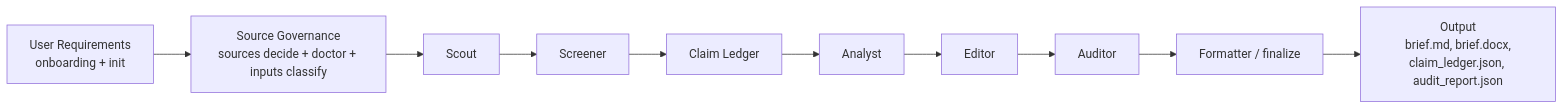
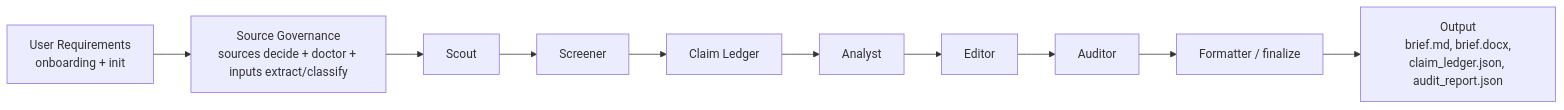
One commit to Stahl-G/briefloop changed the diagram in docs/architecture.md. Above: the diagram before and after it, drawn with Mermaid. The commit also changed other lines of this file and 37 other files, not shown here.

````diff
--- a/docs/architecture.md
+++ b/docs/architecture.md
@@ -7,12 +7,12 @@
 ```mermaid
 flowchart LR
-  A["User Requirements<br/>onboarding + init"] --> B["Source Governance<br/>sources decide + doctor + inputs classify"]
+  A["User Requirements<br/>onboarding + init"] --> B["Source Governance<br/>sources decide + doctor + inputs extract/classify"]
   B --> C["Scout"]
   C --> D["Screener"]
   D --> E["Claim Ledger"]
   E --> F["Analyst"]
   F --> G["Editor"]
   G --> H["Auditor"]
   H --> I["Formatter / finalize"]
   I --> J["Output<br/>brief.md, brief.docx,<br/>claim_ledger.json, audit_report.json"]
 ```
````
